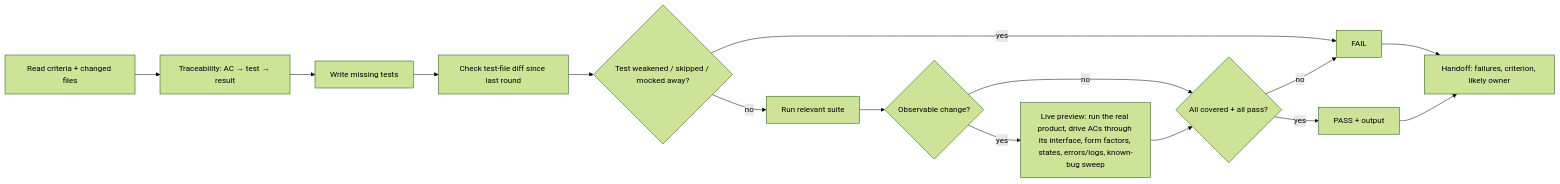
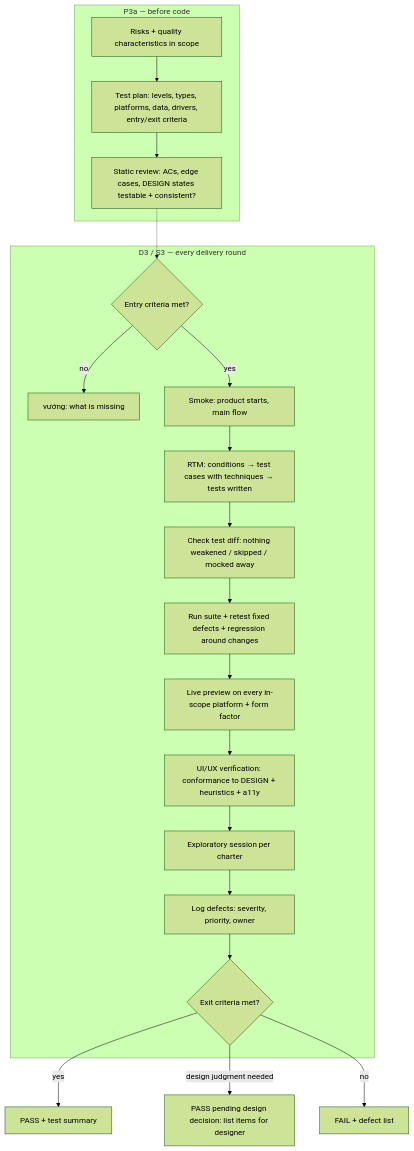
Before and after one commit to Tuan-Quyen/technical-teams: the diagram in agents/qa.md, drawn with Mermaid (forest theme). The commit also changed other lines of this file and 20 other files, not shown here.

First line of the commit message:
Make qa the product-quality gate with a full test process

````diff
--- a/agents/qa.md
+++ b/agents/qa.md
@@ -24,17 +27,23 @@
 ```mermaid
-flowchart LR
-  A[Read criteria + changed files] --> B[Traceability: AC → test → result]
-  B --> C[Write missing tests]
-  C --> D[Check test-file diff since last round]
-  D --> E{Test weakened / skipped / mocked away?}
-  E -- yes --> F[FAIL]
-  E -- no --> G[Run relevant suite]
-  G --> UI{Observable change?}
-  UI -- yes --> LP[Live preview: run the real product, drive ACs through its interface, form factors, states, errors/logs, known-bug sweep]
-  UI -- no --> H
-  LP --> H{All covered + all pass?}
-  H -- yes --> P[PASS + output]
-  H -- no --> F
-  F --> J[Handoff: failures, criterion, likely owner]
-  P --> J
+flowchart TD
+  subgraph Planning [P3a — before code]
+    P1[Risks + quality characteristics in scope] --> P2[Test plan: levels, types, platforms, data, drivers, entry/exit criteria]
+    P2 --> P3[Static review: ACs, edge cases, DESIGN states testable + consistent?]
+  end
+  subgraph Round [D3 / S3 — every delivery round]
+    E0{Entry criteria met?} -- no --> BL[vướng: what is missing]
+    E0 -- yes --> E1[Smoke: product starts, main flow]
+    E1 --> E2[RTM: conditions → test cases with techniques → tests written]
+    E2 --> E3[Check test diff: nothing weakened / skipped / mocked away]
+    E3 --> E4[Run suite + retest fixed defects + regression around changes]
+    E4 --> E5[Live preview on every in-scope platform + form factor]
+    E5 --> E6[UI/UX verification: conformance to DESIGN + heuristics + a11y]
+    E6 --> E7[Exploratory session per charter]
+    E7 --> E8[Log defects: severity, priority, owner]
+    E8 --> X{Exit criteria met?}
+  end
+  P3 -.-> E0
+  X -- yes --> PASS[PASS + test summary]
+  X -- design judgment needed --> PD[PASS pending design decision: list items for designer]
+  X -- no --> FAIL[FAIL + defect list]
 ```
````
